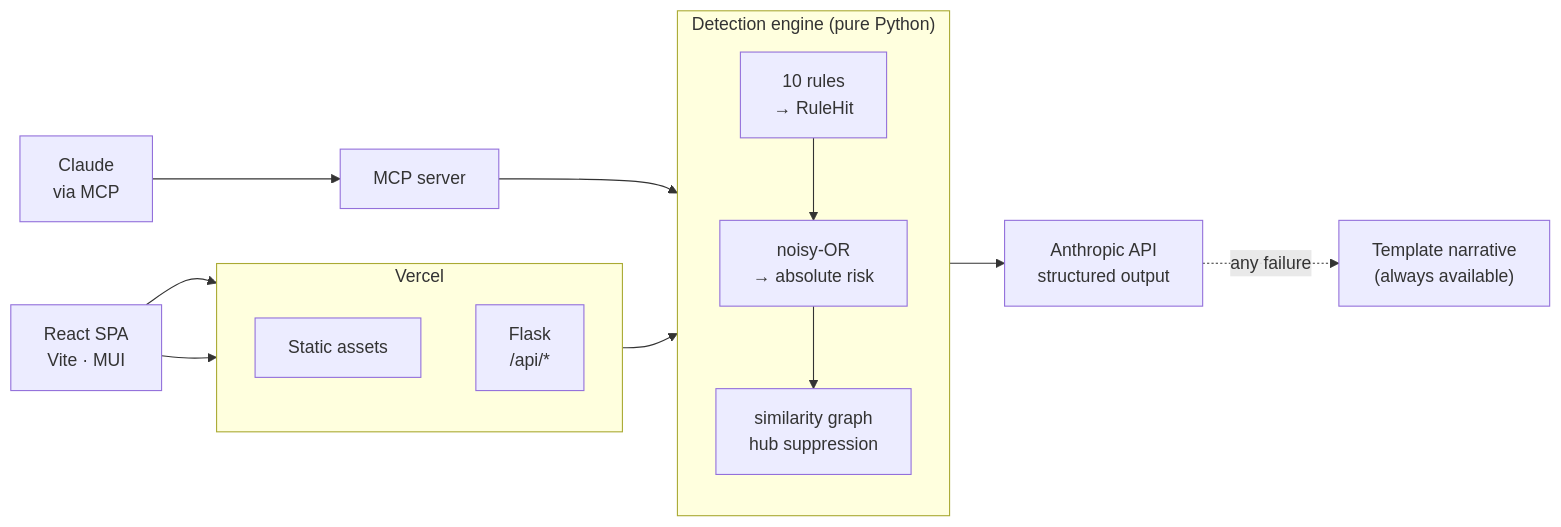
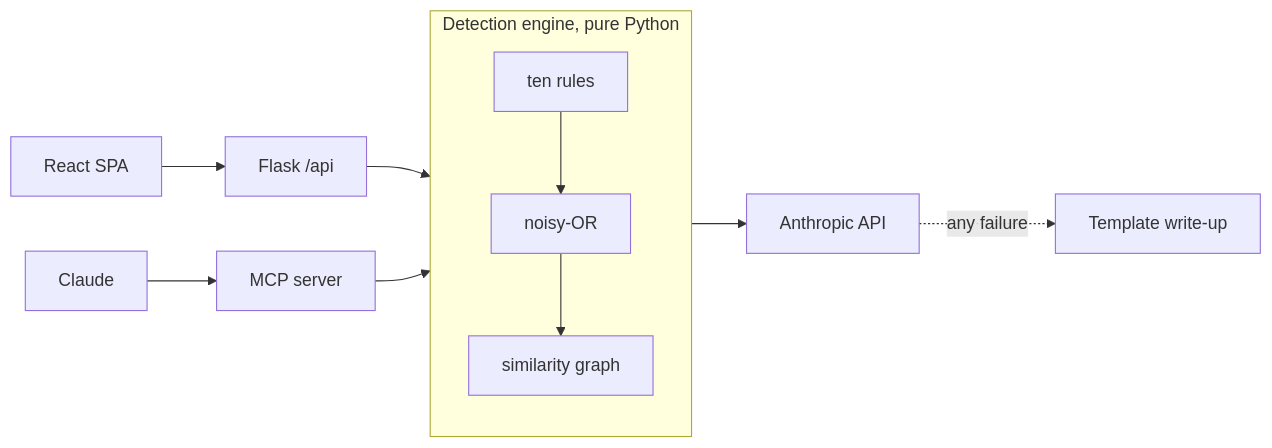
The diagram in README.md (parthpatel2211/FraudDetectionAgent), drawn with Mermaid before and after one commit. The commit also changed other lines of this file and 1 other file, not shown here.

````diff
--- a/README.md
+++ b/README.md
@@ -171,29 +119,18 @@
 ```mermaid
 flowchart LR
-    Browser["React SPA<br/>Vite · MUI"]
-    Claude["Claude<br/>via MCP"]
+    Browser["React SPA"]
+    Claude["Claude"]
 
-    subgraph Vercel
+    subgraph Engine["Detection engine, pure Python"]
       direction TB
-      Static["Static assets"]
-      API["Flask<br/>/api/*"]
+      Rules["ten rules"] --> Scoring["noisy-OR"] --> Graph["similarity graph"]
     end
 
-    subgraph Engine["Detection engine (pure Python)"]
-      direction TB
-      Rules["10 rules<br/>→ RuleHit"]
-      Scoring["noisy-OR<br/>→ absolute risk"]
-      Graph["similarity graph<br/>hub suppression"]
-      Rules --> Scoring --> Graph
-    end
+    Anthropic["Anthropic API"]
+    Template["Template write-up"]
 
-    Anthropic["Anthropic API<br/>structured output"]
-    Template["Template narrative<br/>(always available)"]
-
-    Browser --> Static
-    Browser --> API
-    API --> Engine
+    Browser --> API["Flask /api"] --> Engine
     Claude --> MCP["MCP server"] --> Engine
     Engine --> Anthropic
     Anthropic -. "any failure" .-> Template
 ```
````
